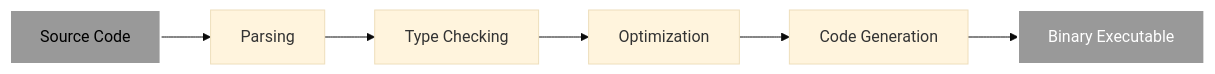
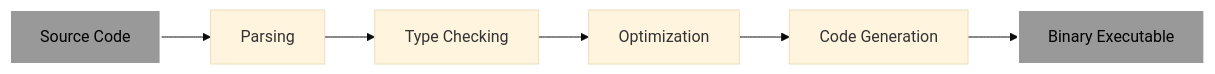
Before and after one commit to kutt27/golangdocs: the first of 2 diagrams in docs/1. Basics/2. Go-Compiler.md, drawn with Mermaid (base theme). The commit also changed other lines of this file and 3 other files, not shown here.

````diff
--- a/docs/1. Basics/2. Go-Compiler.md
+++ b/docs/1. Basics/2. Go-Compiler.md
@@ -31,10 +30,10 @@
     ```mermaid
     graph LR
         A[Source Code] --> B[Parsing]
         B --> C[Type Checking]
         C --> D[Optimization]
         D --> E[Code Generation]
         E --> F[Binary Executable]
         style A fill:#999,stroke:#fff,stroke-width:2px,color:#000
-        style F fill:#999,stroke:#fff,stroke-width:2px,color:#fff
+        style F fill:#999,stroke:#fff,stroke-width:2px,color:#000
     ```
````
